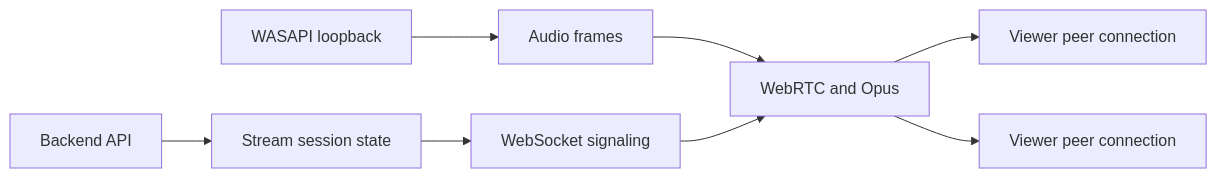
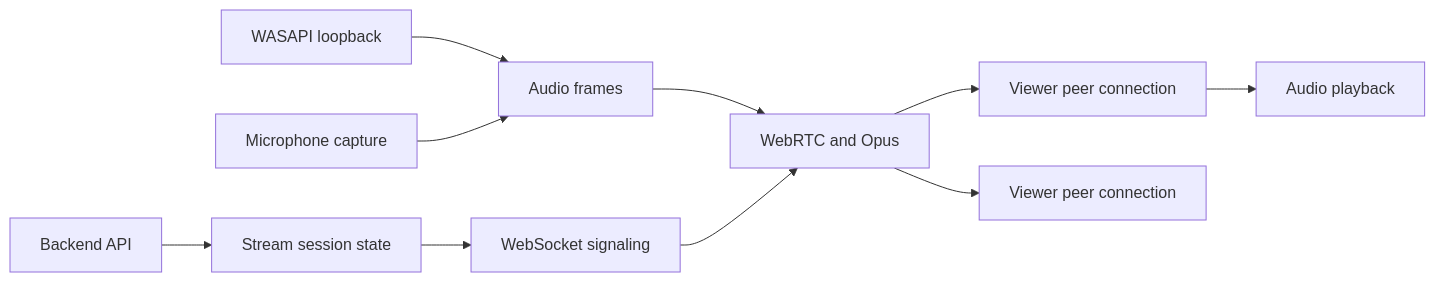
One commit to vitorhugo-dotnet/desktop_dotnet_SonicRelay changed the second of 2 diagrams in docs/architecture.md. Above: the diagram before and after it, drawn with Mermaid. The commit also changed other lines of this file and 41 other files, not shown here.

````diff
--- a/docs/architecture.md
+++ b/docs/architecture.md
@@ -37,10 +37,12 @@
 ```mermaid
 flowchart LR
     Wasapi[WASAPI loopback] --> Frames[Audio frames]
+    Mic[Microphone capture] --> Frames
     Frames --> WebRtc[WebRTC and Opus]
     Signaling[WebSocket signaling] --> WebRtc
     Api[Backend API] --> Session[Stream session state]
     Session --> Signaling
     WebRtc --> PeerA[Viewer peer connection]
     WebRtc --> PeerB[Viewer peer connection]
+    PeerA --> Playback[Audio playback]
 ```
````
